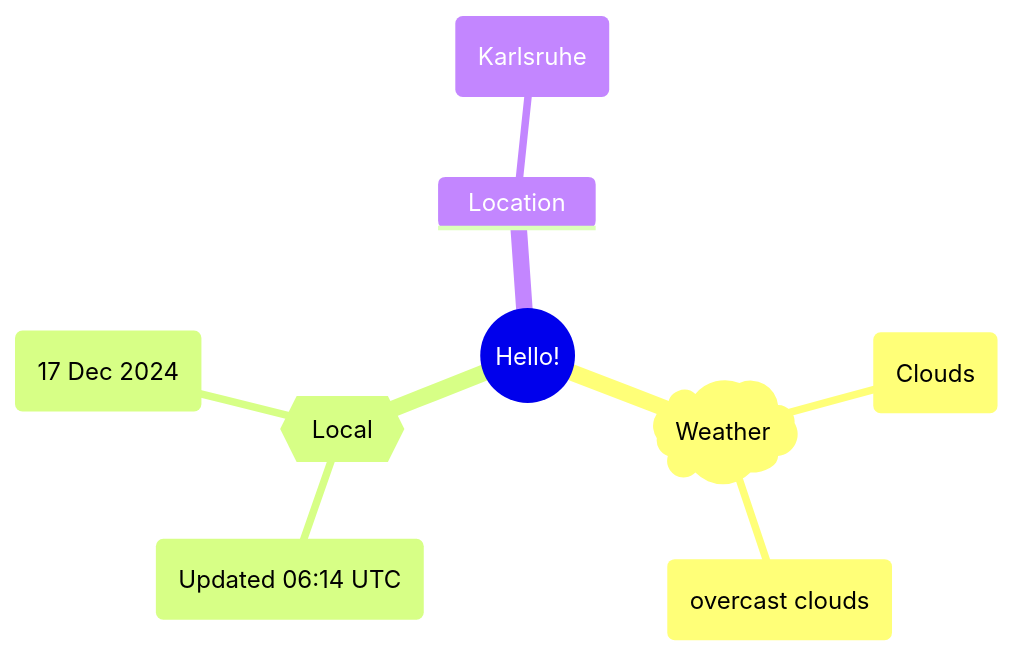
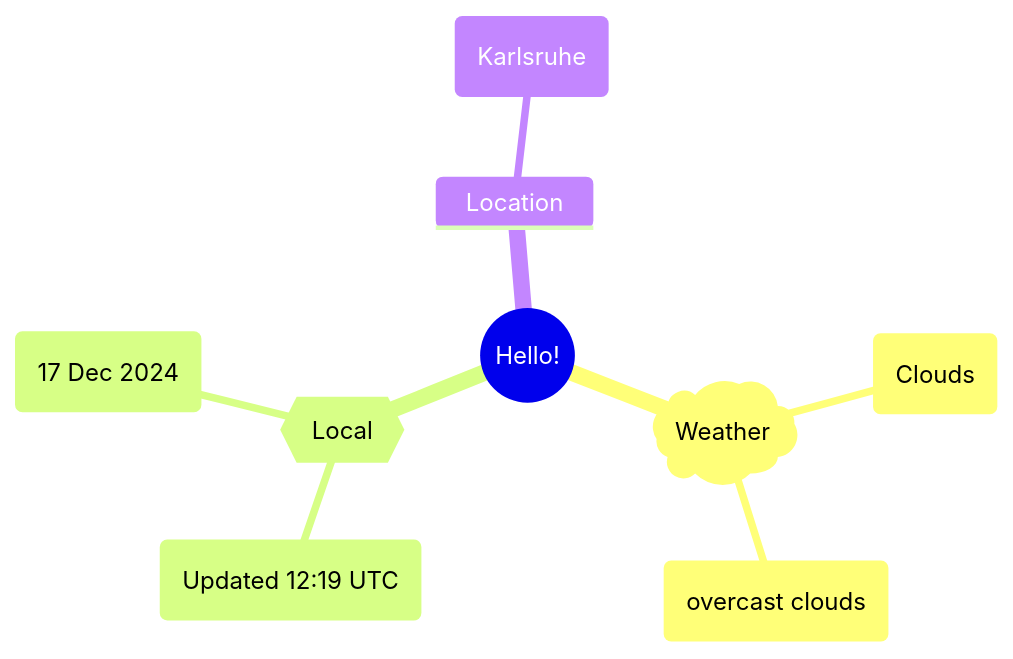
The first of 2 diagrams in README.md (Xosrov/Xosrov), drawn with Mermaid before and after one commit.

Commit message:
[bot] updated images

````diff
--- a/README.md
+++ b/README.md
@@ -3,12 +3,12 @@
 ```mermaid
 mindmap
   root((Hello!))
     )Weather(
         (Clouds)
         (overcast clouds)
     {{Local}}
-        (Updated 06:14 UTC)
+        (Updated 12:19 UTC)
         (17 Dec 2024)
     Location
         (Karlsruhe)
 ```
````
